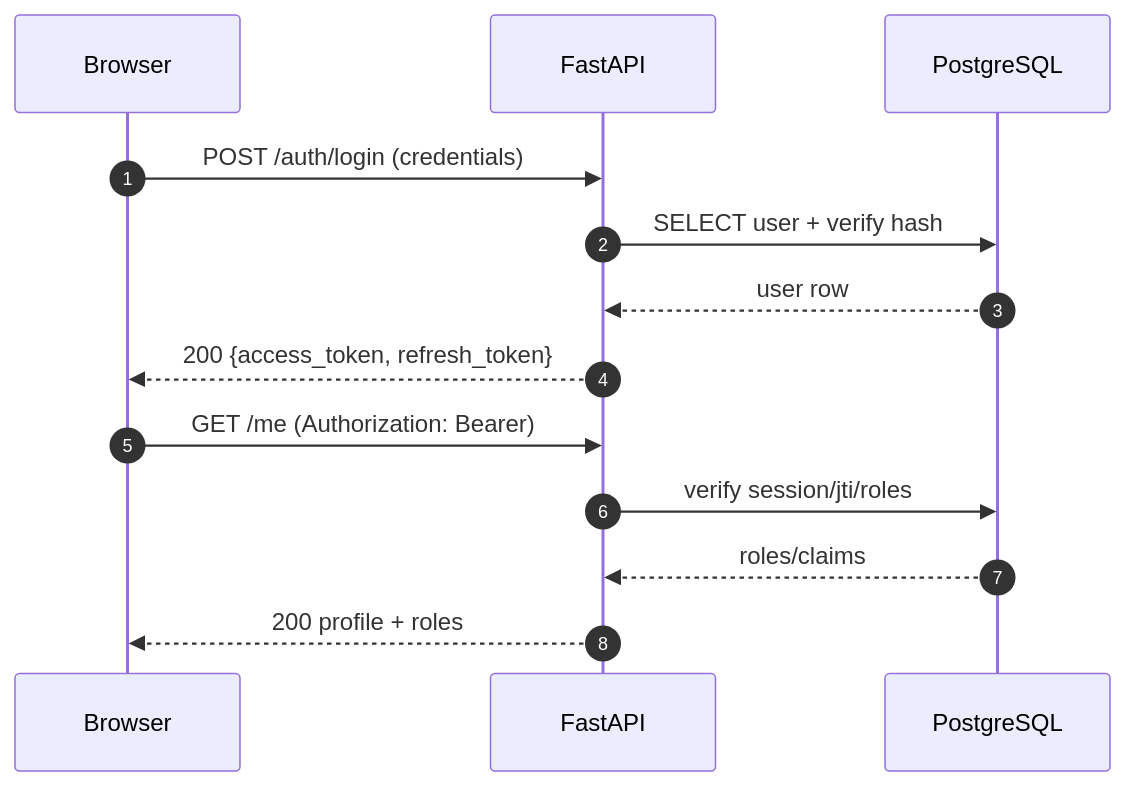
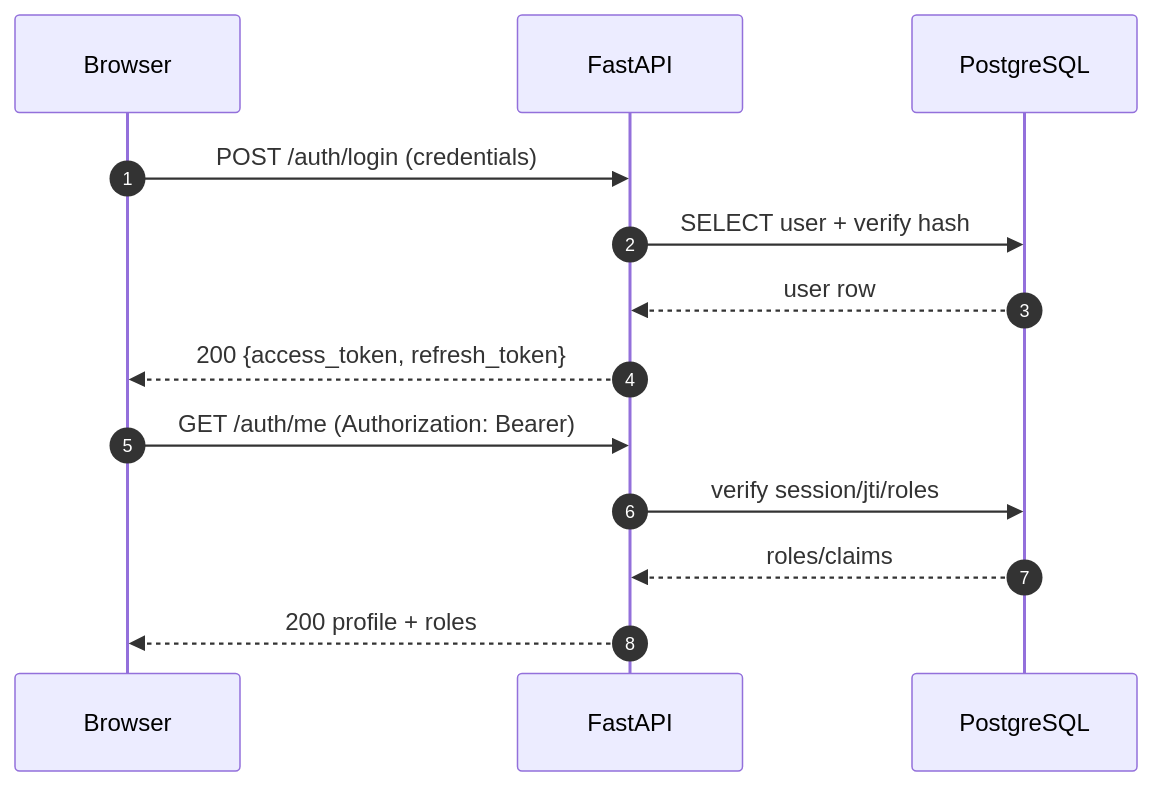
One commit to kavia-common/secure-crm-platform-40906-40915 changed the third of 12 diagrams in kavia-docs/Architecture_Master.md. Above: the diagram before and after it, drawn with Mermaid. The commit also changed other lines of this file and 39 other files, not shown here.

````diff
--- a/kavia-docs/Architecture_Master.md
+++ b/kavia-docs/Architecture_Master.md
@@ -88,15 +87,15 @@
 ```mermaid
 sequenceDiagram
     autonumber
     participant U as Browser
     participant API as FastAPI
     participant DB as PostgreSQL
     U->>API: POST /auth/login (credentials)
     API->>DB: SELECT user + verify hash
     DB-->>API: user row
     API-->>U: 200 {access_token, refresh_token}
-    U->>API: GET /me (Authorization: Bearer)
+    U->>API: GET /auth/me (Authorization: Bearer)
     API->>DB: verify session/jti/roles
     DB-->>API: roles/claims
     API-->>U: 200 profile + roles
 ```
````
